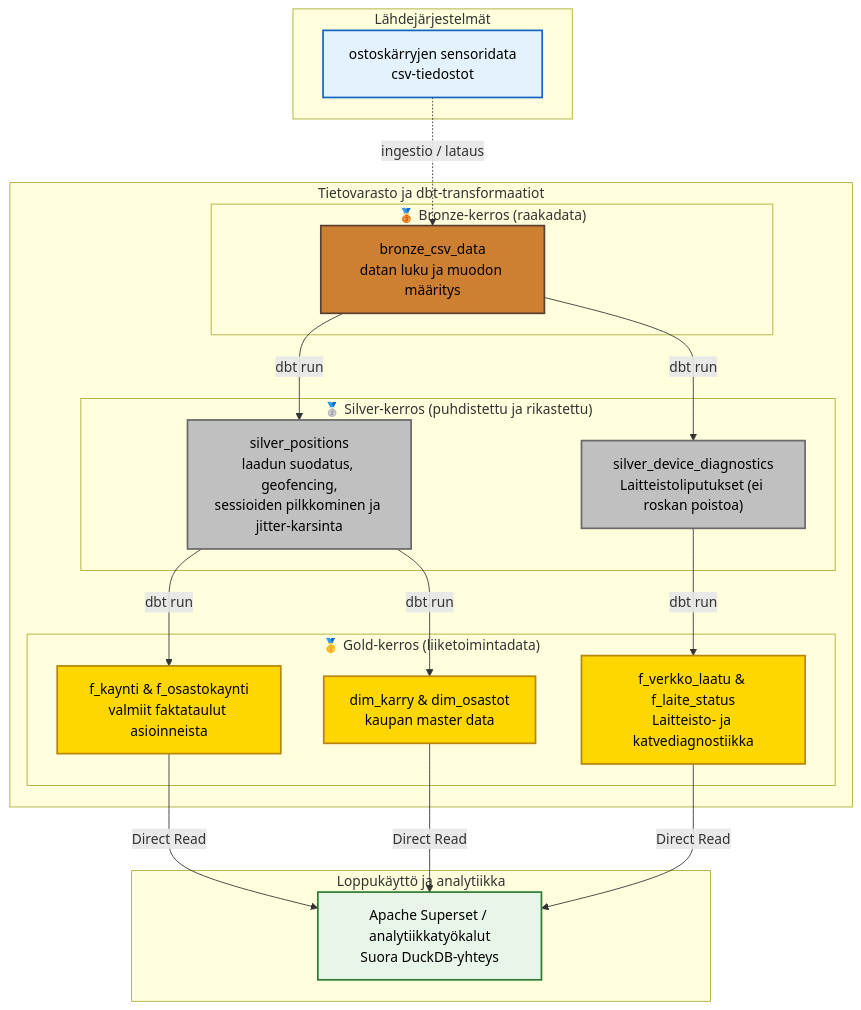
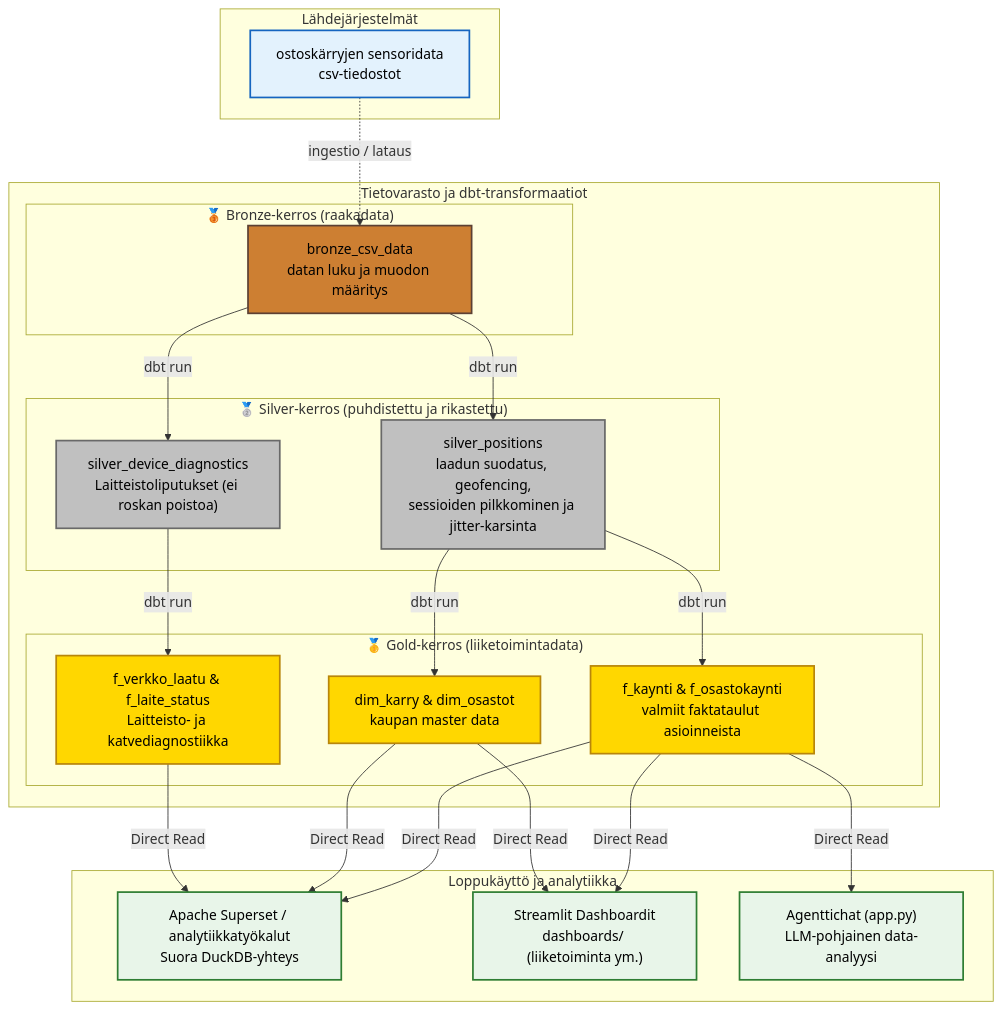
Before and after one commit to mitro54/uwb-shopping-cart-analytics-pipeline: the diagram in docs/arkkitehtuuri_kaavio.md, drawn with Mermaid.

Commit message:
docs: update architecture diagram with Streamlit dashboards and Agenttichat

````diff
--- a/docs/arkkitehtuuri_kaavio.md
+++ b/docs/arkkitehtuuri_kaavio.md
@@ -5,51 +5,57 @@
 ```mermaid
 graph TD
     classDef source fill:#e3f2fd,stroke:#1565c0,stroke-width:2px,color:black;
     classDef bronze fill:#cd7f32,stroke:#5c4033,stroke-width:2px,color:black;
     classDef silver fill:#c0c0c0,stroke:#696969,stroke-width:2px,color:black;
     classDef gold fill:#ffd700,stroke:#b8860b,stroke-width:2px,color:black;
     classDef bi fill:#e8f5e9,stroke:#2e7d32,stroke-width:2px,color:black;
 
     %% Lähdejärjestelmät
     subgraph Data_Sources["Lähdejärjestelmät"]
         CSV["<span style='color:#000 !important'>ostoskärryjen sensoridata<br>csv-tiedostot</span>"]:::source
     end
 
     %% Data Warehouse / dbt prosessointi
     subgraph DWH["Tietovarasto ja dbt-transformaatiot"]
         
         %% Bronze
         subgraph Bronze["🥉 Bronze-kerros (raakadata)"]
             stg["<span style='color:#000 !important'>bronze_csv_data<br>datan luku ja muodon määritys</span>"]:::bronze
         end
         
         %% Silver
         subgraph Silver["🥈 Silver-kerros (puhdistettu ja rikastettu)"]
             silv["<span style='color:#000 !important'>silver_positions<br>laadun suodatus, geofencing,<br>sessioiden pilkkominen ja jitter-karsinta</span>"]:::silver
             silv_diag["<span style='color:#000 !important'>silver_device_diagnostics<br>Laitteistoliputukset (ei roskan poistoa)</span>"]:::silver
         end
         
         %% Gold
         subgraph Gold["🥇 Gold-kerros (liiketoimintadata)"]
             gold_f["<span style='color:#000 !important'>f_kaynti & f_osastokaynti<br>valmiit faktataulut asioinneista</span>"]:::gold
             gold_d["<span style='color:#000 !important'>dim_karry & dim_osastot<br>kaupan master data</span>"]:::gold
             gold_iot["<span style='color:#000 !important'>f_verkko_laatu & f_laite_status<br>Laitteisto- ja katvediagnostiikka</span>"]:::gold
         end
 
         stg -->|dbt run| silv
         stg -->|dbt run| silv_diag
         silv -->|dbt run| gold_f
         silv -->|dbt run| gold_d
         silv_diag -->|dbt run| gold_iot
     end
 
     %% Raportointi ja Analyysi
     subgraph Analytics["Loppukäyttö ja analytiikka"]
         BI["<span style='color:#000 !important'>Apache Superset / analytiikkatyökalut<br>Suora DuckDB-yhteys</span>"]:::bi
+        DASH["<span style='color:#000 !important'>Streamlit Dashboardit<br>dashboards/ (liiketoiminta ym.)</span>"]:::bi
+        AGENT["<span style='color:#000 !important'>Agenttichat (app.py)<br>LLM-pohjainen data-analyysi</span>"]:::bi
     end
 
     CSV -.->|ingestio / lataus| stg
     gold_f -->|Direct Read| BI
     gold_d -->|Direct Read| BI
     gold_iot -->|Direct Read| BI
+    gold_f -->|Direct Read| DASH
+    gold_d -->|Direct Read| DASH
+    gold_f -->|Direct Read| AGENT
+
 ```
````
